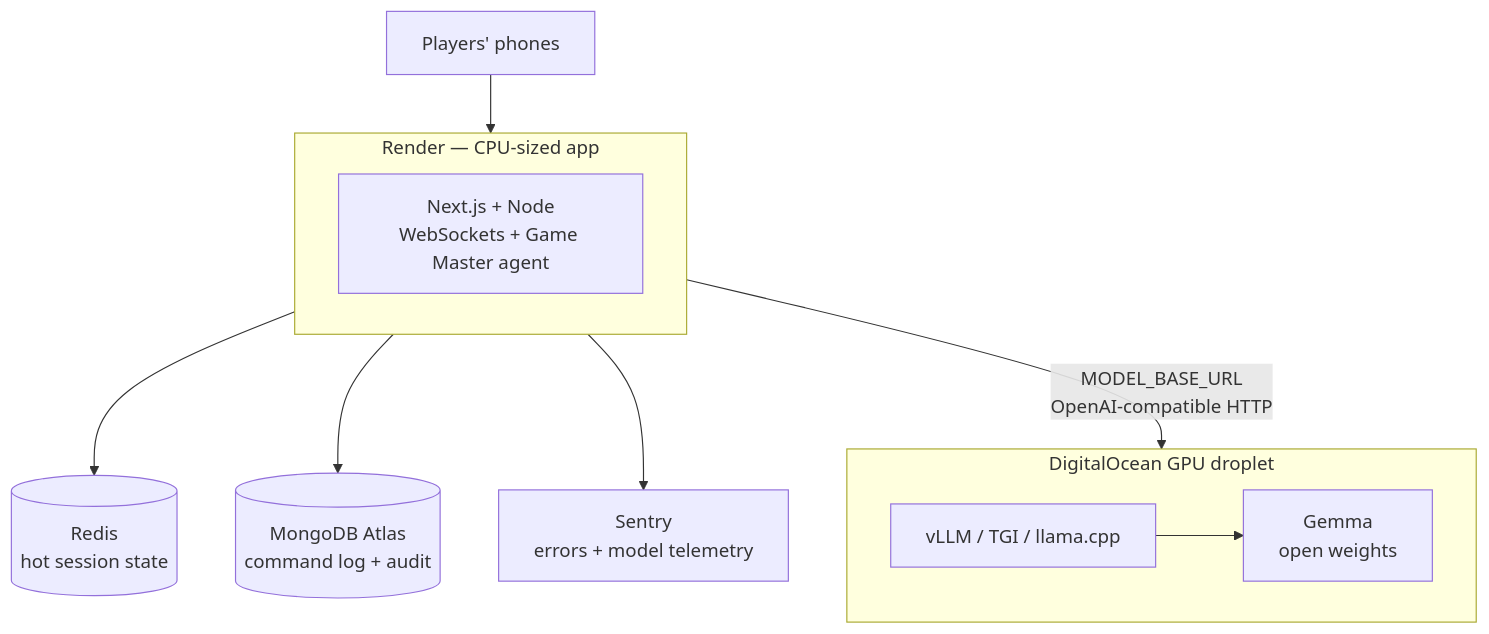
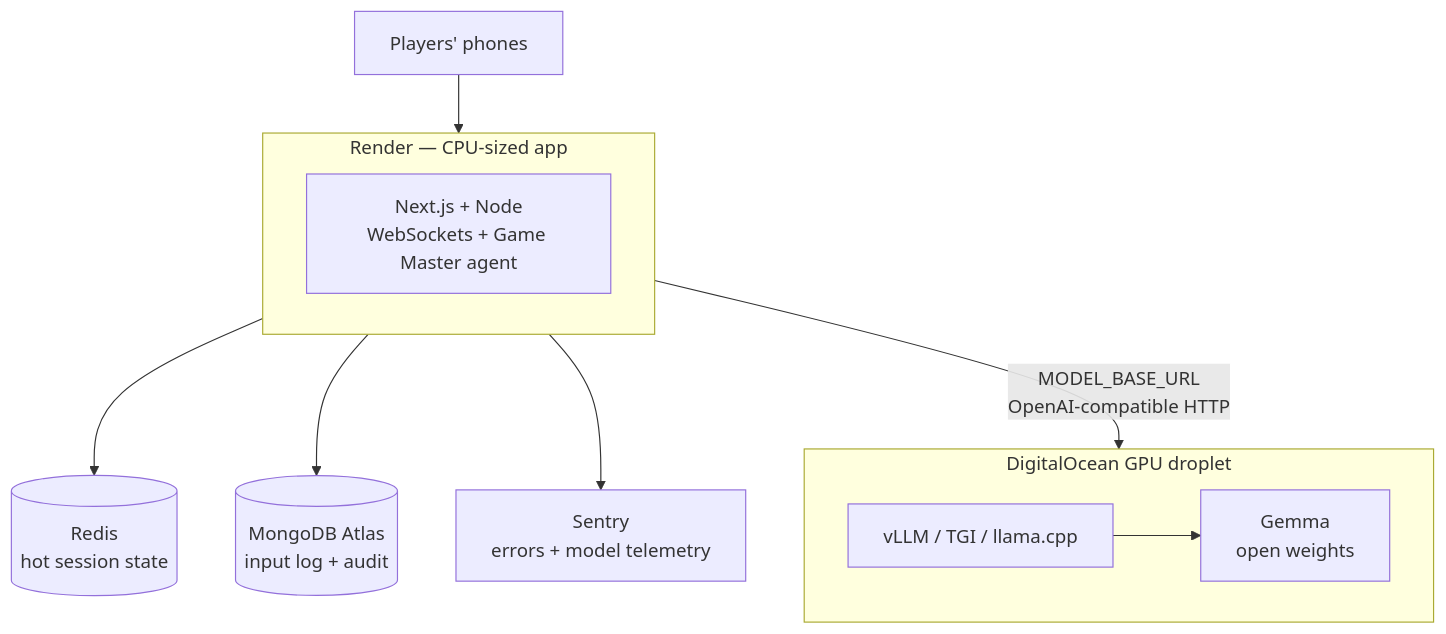
Before and after one commit to SHWETANK-SAURABH/touchgrass-game-master: the eighth of 9 diagrams in ARCHITECTURE.md, drawn with Mermaid. The commit also changed other lines of this file and 9 other files, not shown here.

````diff
--- a/ARCHITECTURE.md
+++ b/ARCHITECTURE.md
@@ -393,18 +395,18 @@
 ```mermaid
 flowchart TD
     Users["Players' phones"] --> Render
 
     subgraph Render["Render — CPU-sized app"]
         Web["Next.js + Node<br/>WebSockets + Game Master agent"]
     end
 
     Render --> Redis[("Redis<br/>hot session state")]
-    Render --> Mongo[("MongoDB Atlas<br/>command log + audit")]
+    Render --> Mongo[("MongoDB Atlas<br/>input log + audit")]
     Render --> Sentry["Sentry<br/>errors + model telemetry"]
 
     Render -- "MODEL_BASE_URL<br/>OpenAI-compatible HTTP" --> GPU
 
     subgraph GPU["DigitalOcean GPU droplet"]
         Serve["vLLM / TGI / llama.cpp"] --> Weights["Gemma<br/>open weights"]
     end
 ```
````
